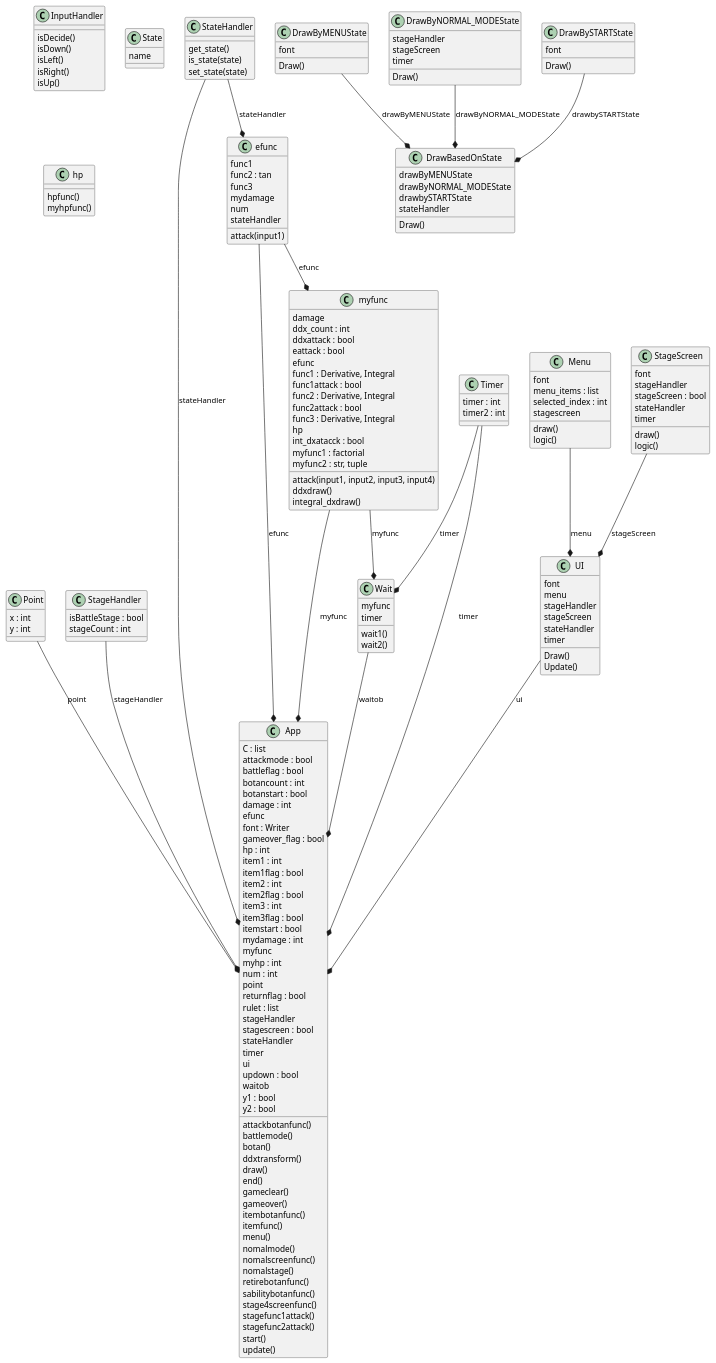
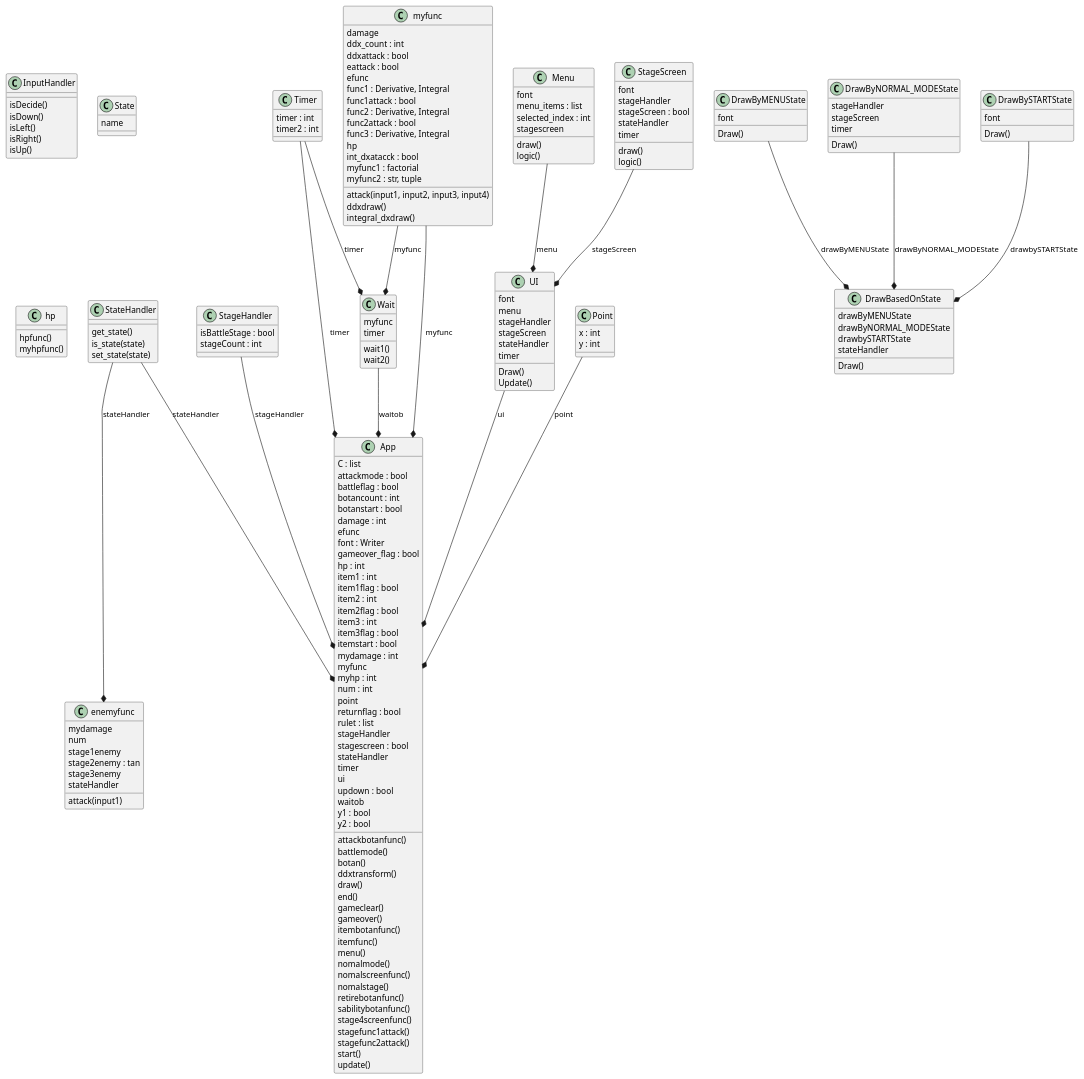
One commit to Minato-Hayakawa/ddx_rpg changed the diagram in programs/main/classes.plantuml. Above: the diagram before and after it, drawn with PlantUML.

Commit message:
classes.plantumlを更新しました。

```diff
--- a/programs/main/classes.plantuml
+++ b/programs/main/classes.plantuml
@@ -1,189 +1,187 @@
 @startuml classes
 set namespaceSeparator none
 class "App" as main2.App {
   C : list
   attackmode : bool
   battleflag : bool
   botancount : int
   botanstart : bool
   damage : int
   efunc
   font : Writer
   gameover_flag : bool
   hp : int
   item1 : int
   item1flag : bool
   item2 : int
   item2flag : bool
   item3 : int
   item3flag : bool
   itemstart : bool
   mydamage : int
   myfunc
   myhp : int
   num : int
   point
   returnflag : bool
   rulet : list
   stageHandler
   stagescreen : bool
   stateHandler
   timer
   ui
   updown : bool
   waitob
   y1 : bool
   y2 : bool
   attackbotanfunc()
   battlemode()
   botan()
   ddxtransform()
   draw()
   end()
   gameclear()
   gameover()
   itembotanfunc()
   itemfunc()
   menu()
   nomalmode()
   nomalscreenfunc()
   nomalstage()
   retirebotanfunc()
   sabilitybotanfunc()
   stage4screenfunc()
   stagefunc1attack()
   stagefunc2attack()
   start()
   update()
 }
 class "DrawBasedOnState" as main2.DrawBasedOnState {
   drawByMENUState
   drawByNORMAL_MODEState
   drawbySTARTState
   stateHandler
   Draw()
 }
 class "DrawByMENUState" as main2.DrawByMENUState {
   font
   Draw()
 }
 class "DrawByNORMAL_MODEState" as main2.DrawByNORMAL_MODEState {
   stageHandler
   stageScreen
   timer
   Draw()
 }
 class "DrawBySTARTState" as main2.DrawBySTARTState {
   font
   Draw()
 }
 class "InputHandler" as main2.InputHandler {
   isDecide()
   isDown()
   isLeft()
   isRight()
   isUp()
 }
 class "Menu" as main2.UI.Menu {
   font
   menu_items : list
   selected_index : int
   stagescreen
   draw()
   logic()
 }
 class "Point" as main2.Point {
   x : int
   y : int
 }
 class "StageHandler" as main2.StageHandler {
   isBattleStage : bool
   stageCount : int
 }
 class "StageScreen" as main2.UI.StageScreen {
   font
   stageHandler
   stageScreen : bool
   stateHandler
   timer
   draw()
   logic()
 }
 class "State" as main2.State {
   name
 }
 class "StateHandler" as main2.StateHandler {
   get_state()
   is_state(state)
   set_state(state)
 }
 class "Timer" as main2.Timer {
   timer : int
   timer2 : int
 }
 class "UI" as main2.UI {
   font
   menu
   stageHandler
   stageScreen
   stateHandler
   timer
   Draw()
   Update()
 }
 class "Wait" as main2.Wait {
   myfunc
   timer
   wait1()
   wait2()
 }
-class "efunc" as main2.efunc {
-  func1
-  func2 : tan
-  func3
+class "enemyfunc" as main2.enemyfunc {
   mydamage
   num
+  stage1enemy
+  stage2enemy : tan
+  stage3enemy
   stateHandler
   attack(input1)
 }
 class "hp" as main2.hp {
   hpfunc()
   myhpfunc()
 }
 class "myfunc" as main2.myfunc {
   damage
   ddx_count : int
   ddxattack : bool
   eattack : bool
   efunc
   func1 : Derivative, Integral
   func1attack : bool
   func2 : Derivative, Integral
   func2attack : bool
   func3 : Derivative, Integral
   hp
   int_dxatacck : bool
   myfunc1 : factorial
   myfunc2 : str, tuple
   attack(input1, input2, input3, input4)
   ddxdraw()
   integral_dxdraw()
 }
 main2.DrawByMENUState --* main2.DrawBasedOnState : drawByMENUState
 main2.DrawByNORMAL_MODEState --* main2.DrawBasedOnState : drawByNORMAL_MODEState
 main2.DrawBySTARTState --* main2.DrawBasedOnState : drawbySTARTState
 main2.Point --* main2.App : point
 main2.StageHandler --* main2.App : stageHandler
 main2.StateHandler --* main2.App : stateHandler
-main2.StateHandler --* main2.efunc : stateHandler
+main2.StateHandler --* main2.enemyfunc : stateHandler
 main2.Timer --* main2.App : timer
 main2.Timer --* main2.Wait : timer
 main2.UI --* main2.App : ui
 main2.UI.Menu --* main2.UI : menu
 main2.UI.StageScreen --* main2.UI : stageScreen
 main2.Wait --* main2.App : waitob
-main2.efunc --* main2.App : efunc
-main2.efunc --* main2.myfunc : efunc
 main2.myfunc --* main2.App : myfunc
 main2.myfunc --* main2.Wait : myfunc
 @enduml
```
